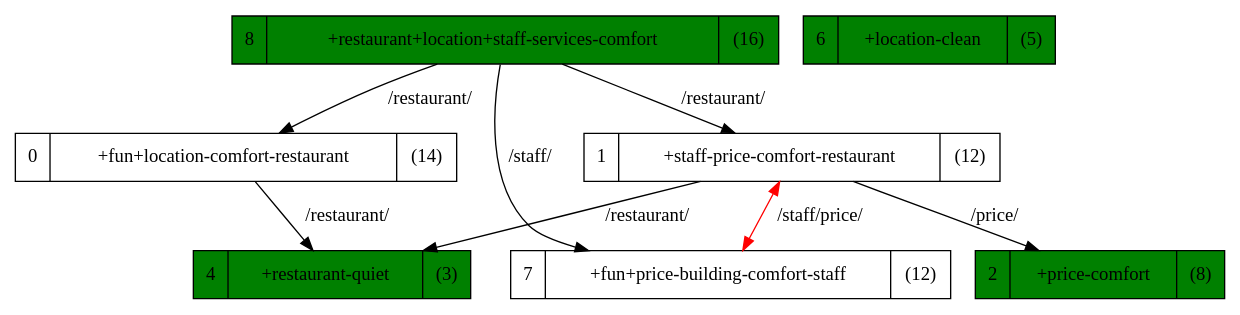
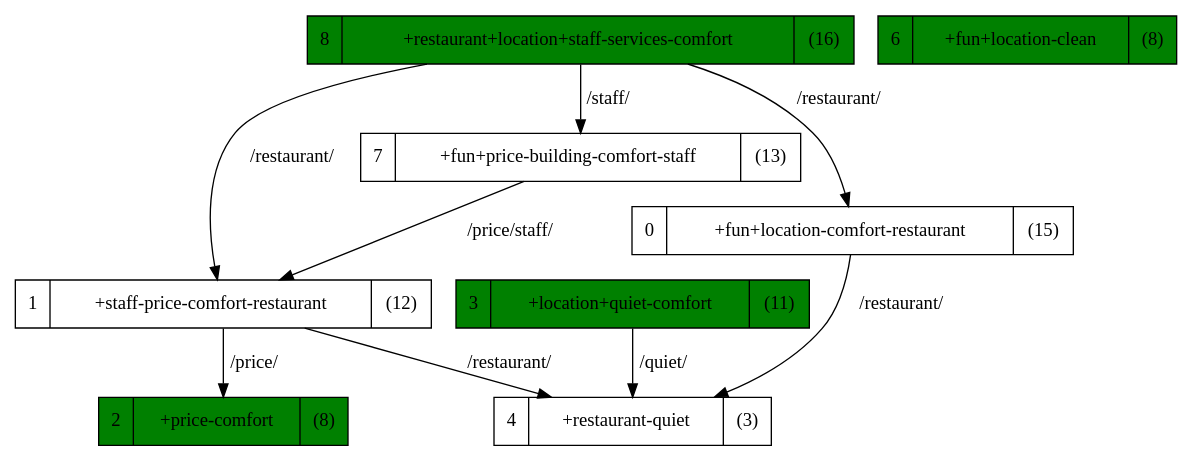
Before and after one commit to nicorotstein/juan_alberto: the diagram in eg3/first_graph.dot, drawn with Graphviz. The commit also changed 23 other files, not shown here.

```diff
--- a/eg3/first_graph.dot
+++ b/eg3/first_graph.dot
@@ -1,17 +1,18 @@
 strict digraph G {
 1 [shape=record, label="1 | +staff-price-comfort-restaurant| (12)"];
-0 [shape=record, label="0 | +fun+location-comfort-restaurant| (14)"];
+0 [shape=record, label="0 | +fun+location-comfort-restaurant| (15)"];
+3 [shape=record, label="3 | +location+quiet-comfort| (11)", style=filled, fillcolor=green];
 2 [shape=record, label="2 | +price-comfort| (8)", style=filled, fillcolor=green];
-4 [shape=record, label="4 | +restaurant-quiet| (3)", style=filled, fillcolor=green];
-7 [shape=record, label="7 | +fun+price-building-comfort-staff| (12)"];
-6 [shape=record, label="6 | +location-clean| (5)", style=filled, fillcolor=green];
+4 [shape=record, label="4 | +restaurant-quiet| (3)"];
+7 [shape=record, label="7 | +fun+price-building-comfort-staff| (13)"];
+6 [shape=record, label="6 | +fun+location-clean| (8)", style=filled, fillcolor=green];
 8 [shape=record, label="8 | +restaurant+location+staff-services-comfort| (16)", style=filled, fillcolor=green];
 1 -> 2  [label="/price/"];
 1 -> 4  [label="/restaurant/"];
-1 -> 7  [color=red, dir=both, label="/staff/price/"];
 0 -> 4  [label="/restaurant/"];
-7 -> 1  [color=transparent];
+3 -> 4  [label="/quiet/"];
+7 -> 1  [label="/price/staff/"];
 8 -> 1  [label="/restaurant/"];
 8 -> 0  [label="/restaurant/"];
 8 -> 7  [label="/staff/"];
 }
```
